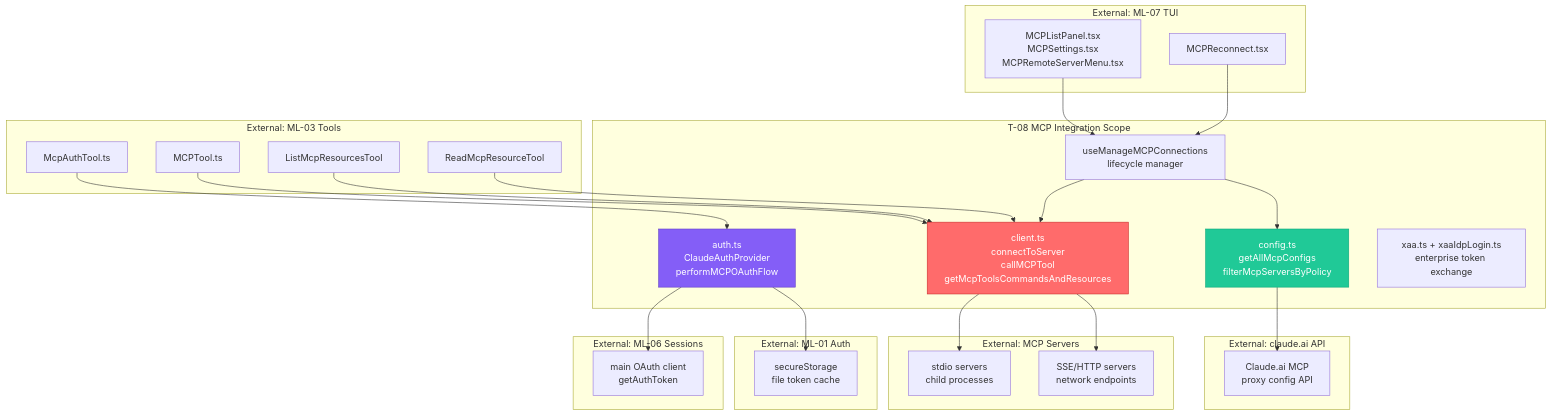
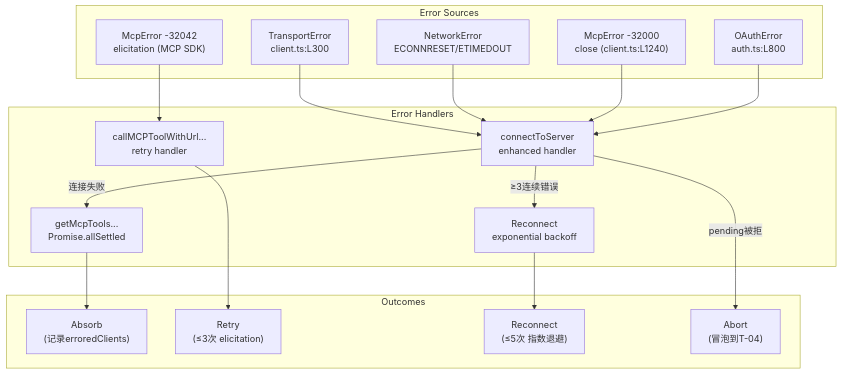
Before and after one commit to LiuYuuChen/clawcode_analysis: the seventh of 8 diagrams in branches/main/task-analyses/T-08-mcp-integration.md, drawn with Mermaid. The commit also changed other lines of this file and 137 other files, not shown here.

````diff
--- a/branches/main/task-analyses/T-08-mcp-integration.md
+++ b/branches/main/task-analyses/T-08-mcp-integration.md
@@ -799,57 +1059,37 @@
 ```mermaid
 flowchart TD
-    subgraph "T-08 MCP Integration Scope"
-        CORE[client.ts<br/>connectToServer<br/>callMCPTool<br/>getMcpToolsCommandsAndResources]
-        AUTH[auth.ts<br/>ClaudeAuthProvider<br/>performMCPOAuthFlow]
-        CONFIG[config.ts<br/>getAllMcpConfigs<br/>filterMcpServersByPolicy]
-        HOOK[useManageMCPConnections<br/>lifecycle manager]
-        XAA[xaa.ts + xaaIdpLogin.ts<br/>enterprise token exchange]
+    subgraph Sources["Error Sources"]
+        TE["TransportError<br/>client.ts:L300"]
+        ME32000["McpError -32000<br/>close (client.ts:L1240)"]
+        ME32042["McpError -32042<br/>elicitation (MCP SDK)"]
+        OE["OAuthError<br/>auth.ts:L800"]
+        NE["NetworkError<br/>ECONNRESET/ETIMEDOUT"]
     end
 
-    subgraph "External: ML-03 Tools"
-        TOOL[MCPTool.ts]
-        AUTHTOOL[McpAuthTool.ts]
-        LISTRES[ListMcpResourcesTool]
-        READRES[ReadMcpResourceTool]
+    subgraph Handlers["Error Handlers"]
+        CT["connectToServer<br/>enhanced handler"]
+        GM["getMcpTools...<br/>Promise.allSettled"]
+        CM["callMCPToolWithUrl...<br/>retry handler"]
+        RE["Reconnect<br/>exponential backoff"]
     end
 
-    subgraph "External: ML-07 TUI"
-        PANEL[MCPListPanel.tsx<br/>MCPSettings.tsx<br/>MCPRemoteServerMenu.tsx]
-        RECONNECT[MCPReconnect.tsx]
+    subgraph Outcomes["Outcomes"]
+        ABSORB["Absorb<br/>(记录erroredClients)"]
+        RETRY["Retry<br/>(≤3次 elicitation)"]
+        RECONNECT["Reconnect<br/>(≤5次 指数退避)"]
+        ABORT["Abort<br/>(冒泡到T-04)"]
     end
 
-    subgraph "External: ML-01 Auth"
-        SECURE[secureStorage<br/>file token cache]
-    end
+    TE --> CT
+    NE --> CT
+    ME32000 --> CT
+    CT -->|连接失败| GM --> ABSORB
+    CT -->|≥3连续错误| RE --> RECONNECT
+    ME32042 --> CM --> RETRY
+    CT -->|pending被拒| ABORT
+    OE --> CT
 
-    subgraph "External: ML-06 Sessions"
-        OAUTHMAIN[main OAuth client<br/>getAuthToken]
-    end
-
-    subgraph "External: MCP Servers"
-        STDIO[stdio servers<br/>child processes]
-        HTTP[SSE/HTTP servers<br/>network endpoints]
-    end
-
-    subgraph "External: claude.ai API"
-        CLAUDEAI[Claude.ai MCP<br/>proxy config API]
-    end
-
-    TOOL --> CORE
-    AUTHTOOL --> AUTH
-    LISTRES --> CORE
-    READRES --> CORE
-    PANEL --> HOOK
-    RECONNECT --> HOOK
-    AUTH --> SECURE
-    AUTH --> OAUTHMAIN
-    CORE --> STDIO
-    CORE --> HTTP
-    CONFIG --> CLAUDEAI
-    HOOK --> CORE
-    HOOK --> CONFIG
-
-    style CORE fill:#ff6b6b,stroke:#c92a2a,color:#fff
-    style AUTH fill:#845ef7,stroke:#5f3dc4,color:#fff
-    style CONFIG fill:#20c997,stroke:#0ca678,color:#fff
+    classDef source fill:#ffebee,stroke:#e53935
+    classDef handler fill:#fff3e0,stroke:#ff9800
+    classDef outcome fill:#e8f5e9,stroke:#4caf50
 ```
````
